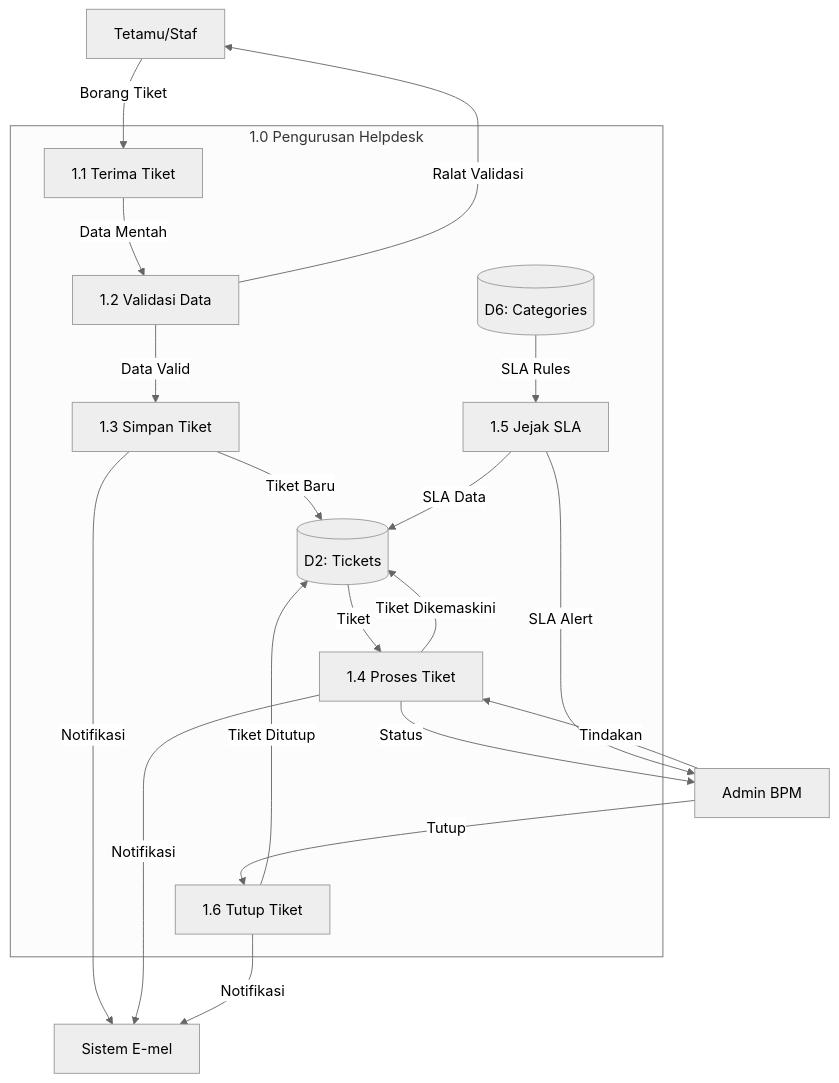
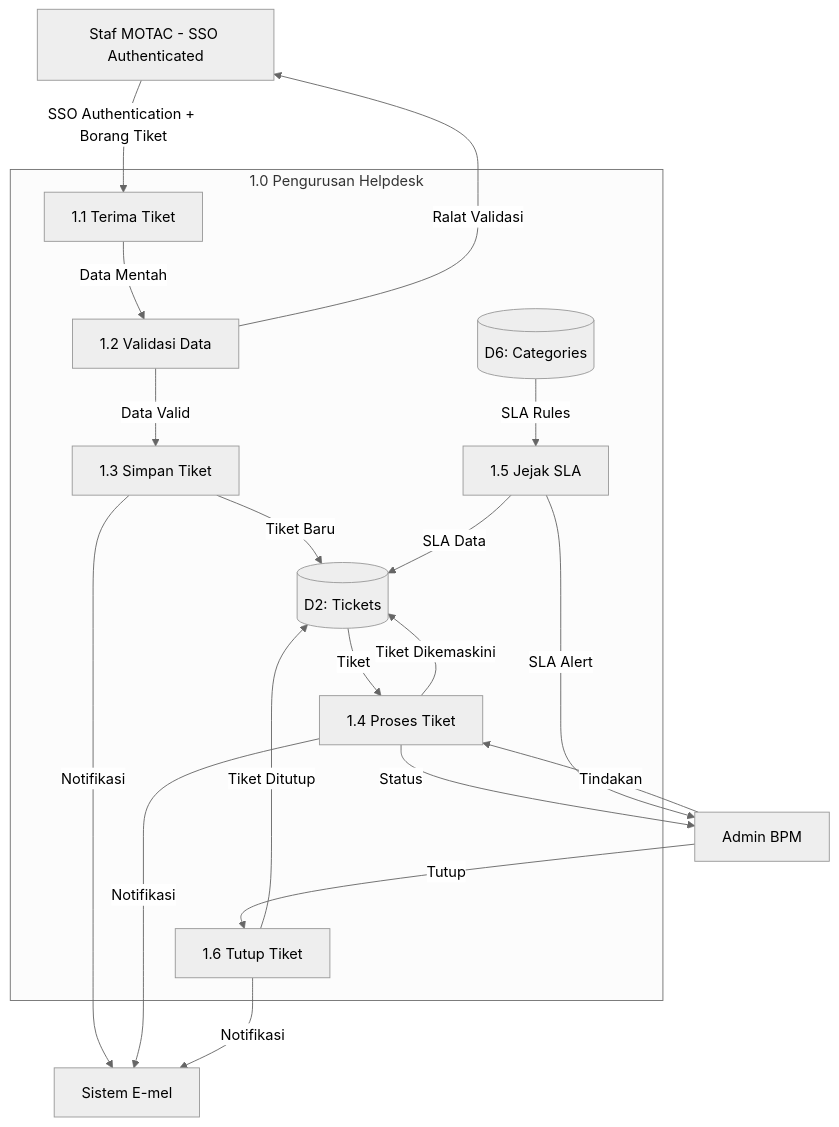
The eighth of 9 diagrams in docs/KRISA/D03_KRISA_ICTSERVE_SPESIFIKASI_KEPERLUAN_SISTEM.md (IzzatFirdaus/ictserve-031125), drawn with Mermaid (neutral theme) before and after one commit. The commit also changed other lines of this file and 18 other files, not shown here.

````diff
--- a/docs/KRISA/D03_KRISA_ICTSERVE_SPESIFIKASI_KEPERLUAN_SISTEM.md
+++ b/docs/KRISA/D03_KRISA_ICTSERVE_SPESIFIKASI_KEPERLUAN_SISTEM.md
@@ -1106,41 +1148,41 @@
 ```mermaid
 graph TD
-    GUEST[Tetamu/Staf]
+    STAFF_MOTAC[Staf MOTAC - SSO Authenticated]
     ADMIN[Admin BPM]
     EMAIL[Sistem E-mel]
     
     subgraph "1.0 Pengurusan Helpdesk"
         P1.1[1.1 Terima Tiket]
         P1.2[1.2 Validasi Data]
         P1.3[1.3 Simpan Tiket]
         P1.4[1.4 Proses Tiket]
         P1.5[1.5 Jejak SLA]
         P1.6[1.6 Tutup Tiket]
         
         DS2[(D2: Tickets)]
         DS6[(D6: Categories)]
     end
     
-    GUEST -->|Borang Tiket| P1.1
+    STAFF_MOTAC -->|SSO Authentication + Borang Tiket| P1.1
     P1.1 -->|Data Mentah| P1.2
     P1.2 -->|Data Valid| P1.3
-    P1.2 -->|Ralat Validasi| GUEST
+    P1.2 -->|Ralat Validasi| STAFF_MOTAC
     
     P1.3 -->|Tiket Baru| DS2
     P1.3 -->|Notifikasi| EMAIL
     
     DS6 -->|SLA Rules| P1.5
     DS2 -->|Tiket| P1.4
     P1.4 -->|Tiket Dikemaskini| DS2
     P1.4 -->|Notifikasi| EMAIL
     
     ADMIN -->|Tindakan| P1.4
     P1.4 -->|Status| ADMIN
     
     P1.5 -->|SLA Alert| ADMIN
     P1.5 -->|SLA Data| DS2
     
     ADMIN -->|Tutup| P1.6
     P1.6 -->|Tiket Ditutup| DS2
     P1.6 -->|Notifikasi| EMAIL
 ```
````
